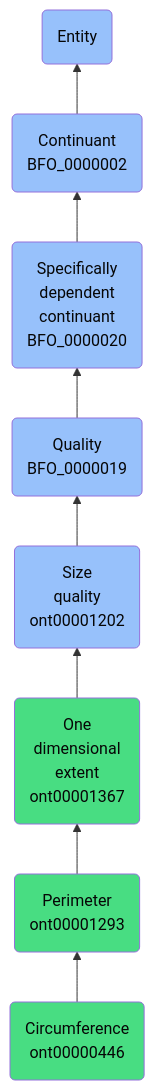
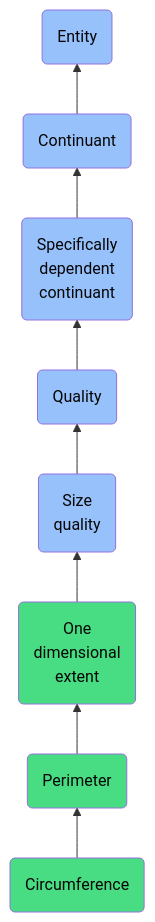
The diagram in docs/ontology/reference/model/Entity/Continuant/Specifically dependent continuant/Quality/Size quality/One dimensional extent/Perimeter/Circumference/Circumference.md (jupyter-naas/abi), drawn with Mermaid before and after one commit. The commit also changed other lines of this file and 1430 other files, not shown here.

````diff
--- a/docs/ontology/reference/model/Entity/Continuant/Specifically dependent continuant/Quality/Size quality/One dimensional extent/Perimeter/Circumference/Circumference.md
+++ b/docs/ontology/reference/model/Entity/Continuant/Specifically dependent continuant/Quality/Size quality/One dimensional extent/Perimeter/Circumference/Circumference.md
@@ -24,15 +24,15 @@
 ```mermaid
 graph BT
-    ont00000446(Circumference<br>ont00000446):::ABI-->ont00001293
-    ont00001293(Perimeter<br>ont00001293):::ABI-->ont00001367
-    ont00001367(One<br>dimensional<br>extent<br>ont00001367):::ABI-->ont00001202
-    ont00001202(Size<br>quality<br>ont00001202):::BFO-->BFO_0000019
-    BFO_0000019(Quality<br>BFO_0000019):::BFO-->BFO_0000020
-    BFO_0000020(Specifically<br>dependent<br>continuant<br>BFO_0000020):::BFO-->BFO_0000002
-    BFO_0000002(Continuant<br>BFO_0000002):::BFO-->BFO_0000001
+    ont00000446(Circumference):::ABI-->ont00001293
+    ont00001293(Perimeter):::ABI-->ont00001367
+    ont00001367(One<br>dimensional<br>extent):::ABI-->ont00001202
+    ont00001202(Size<br>quality):::BFO-->BFO_0000019
+    BFO_0000019(Quality):::BFO-->BFO_0000020
+    BFO_0000020(Specifically<br>dependent<br>continuant):::BFO-->BFO_0000002
+    BFO_0000002(Continuant):::BFO-->BFO_0000001
     BFO_0000001(Entity):::BFO
     
     classDef BFO fill:#97c1fb,color:#060606
     classDef CCO fill:#e4c51e,color:#060606
     classDef ABI fill:#48DD82,color:#060606
 ```
````
